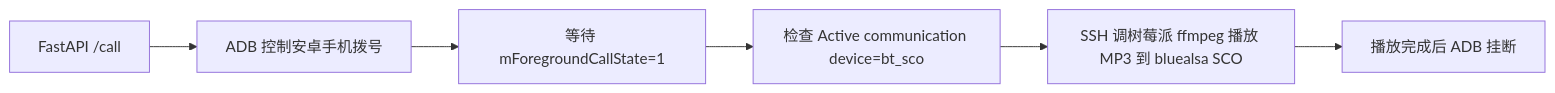
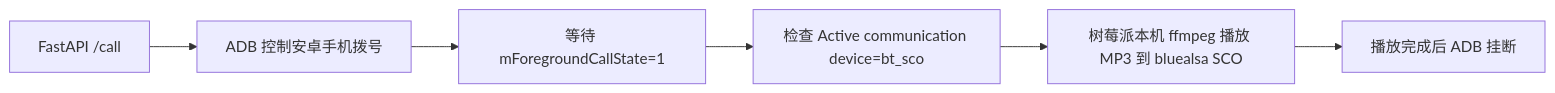
One commit to liuzhuogood/AutoCallBot changed the second of 2 diagrams in docs/raspberry-pi-bluetooth-headset-feasibility.md. Above: the diagram before and after it, drawn with Mermaid. The commit also changed other lines of this file and 17 other files, not shown here.

````diff
--- a/docs/raspberry-pi-bluetooth-headset-feasibility.md
+++ b/docs/raspberry-pi-bluetooth-headset-feasibility.md
@@ -441,8 +441,8 @@
 ```mermaid
 flowchart LR
     A["FastAPI /call"] --> B["ADB 控制安卓手机拨号"]
     B --> C["等待 mForegroundCallState=1"]
     C --> D["检查 Active communication device=bt_sco"]
-    D --> E["SSH 调树莓派 ffmpeg 播放 MP3 到 bluealsa SCO"]
+    D --> E["树莓派本机 ffmpeg 播放 MP3 到 bluealsa SCO"]
     E --> F["播放完成后 ADB 挂断"]
 ```
````
